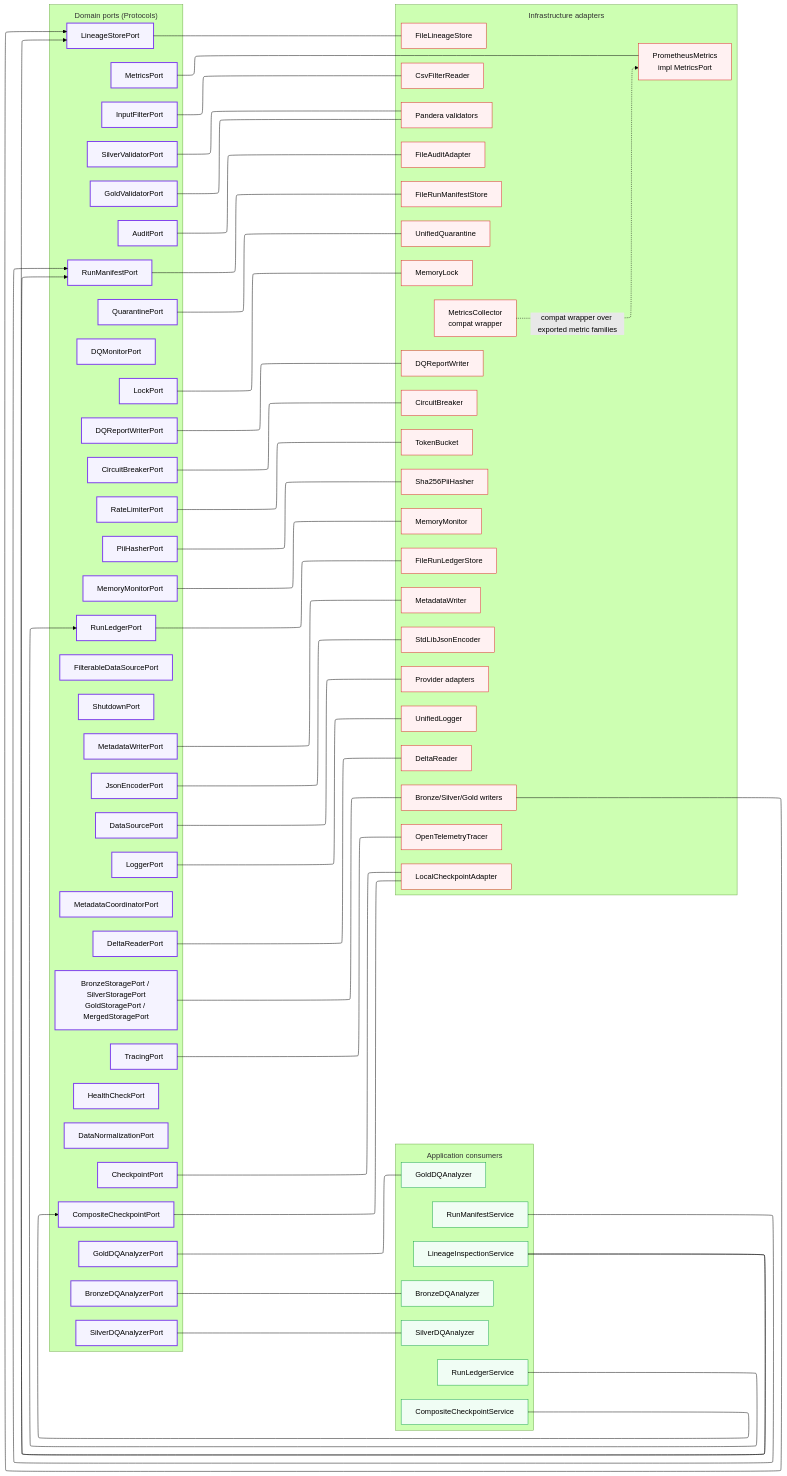
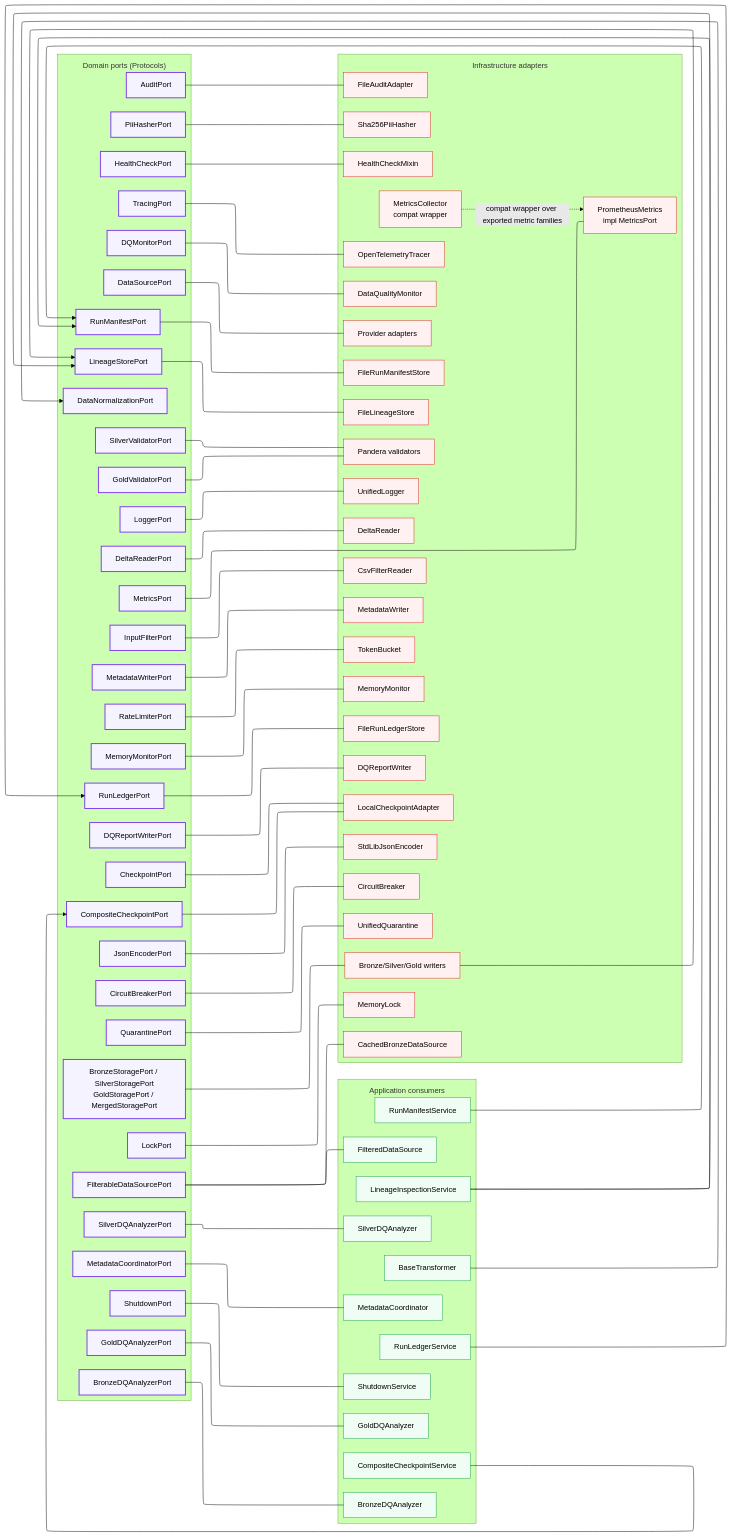
Before and after one commit to SatoryKono/BioactivityDataAcquisition: the diagram in docs/02-architecture/diagrams/architecture/13-port-protocol-contracts.mmd, drawn with Mermaid (forest theme). The commit also changed 3 other files, not shown here.

First line of the commit message:
fix(diagrams): bind orphan ports and MetricsPort impl in Full Map (#11787, #11789)

```diff
--- a/docs/02-architecture/diagrams/architecture/13-port-protocol-contracts.mmd
+++ b/docs/02-architecture/diagrams/architecture/13-port-protocol-contracts.mmd
@@ -1,142 +1,155 @@
 %% BioETL — Port/Protocol Contracts (Full Map)
 %% Domain ports mapped to their current application consumers and infrastructure adapters.
-%% keep-orphan ports (FDSP, HCP, MCP, DNP, DQMP, SHP) are declared domain Protocols
-%% without a bound consumer/adapter in any view yet; detail lives in 13a–13f/13i.
+%% All declared domain ports are bound to their consumers/implementations
+%% (adapter names follow views/30-port-adapter-mapping-full.mermaid).
 
 %% @version 1.1.0
 %% @date    2026-09-03
 %% @type    flowchart
 %% @level   System / Component
-%% @nodes   49
+%% @nodes   70
 %% @reference  Decomposed into 13a, 13b, 13c, 13d, 13e, 13f sub-diagrams
 %% Legend: docs/02-architecture/diagrams/views/00-legend.mermaid
 
 %%{init: {
   'flowchart': {
     'subGraphTitleMargin': { 'top': 12, 'bottom': 12 }
   },
   'layout': 'elk',
   'elk': {
     'mergeEdges': true,
     'nodePlacementStrategy': 'BRANDES_KOEPF',
     'edgeRouting': 'ORTHOGONAL'
   }
 }}%%
 %% @uniform width=232 height=56 max_title_len=24 max_desc_lines=0
 graph LR
-%% keep-orphan: FDSP, HCP, MCP, DNP, DQMP, SHP
     subgraph Domain["Domain ports (Protocols)"]
         DSP["DataSourcePort"]:::size-sm
         FDSP["FilterableDataSourcePort"]:::size-sm
         STP["BronzeStoragePort / SilverStoragePort<br/>GoldStoragePort / MergedStoragePort"]:::size-sm
         LKP["LockPort"]:::size-sm
         CKP["CheckpointPort"]:::size-sm
         CCP["CompositeCheckpointPort"]:::size-sm
         QRP["QuarantinePort"]:::size-sm
         ADP["AuditPort"]:::size-sm
         LGP["LoggerPort"]:::size-sm
         MTP["MetricsPort"]:::size-sm
         TRP["TracingPort"]:::size-sm
         CBP["CircuitBreakerPort"]:::size-sm
         RLP["RateLimiterPort"]:::size-sm
         SVP["SilverValidatorPort"]:::size-sm
         GVP["GoldValidatorPort"]:::size-sm
         HCP["HealthCheckPort"]:::size-sm
         PIIP["PiiHasherPort"]:::size-sm
         MWP["MetadataWriterPort"]:::size-sm
         MCP["MetadataCoordinatorPort"]:::size-sm
         DNP["DataNormalizationPort"]:::size-sm
         DRP["DeltaReaderPort"]:::size-sm
         IFP["InputFilterPort"]:::size-sm
         DQMP["DQMonitorPort"]:::size-sm
         BDQP["BronzeDQAnalyzerPort"]:::size-sm
         SDQP["SilverDQAnalyzerPort"]:::size-sm
         GDQP["GoldDQAnalyzerPort"]:::size-sm
         DQRWP["DQReportWriterPort"]:::size-sm
         JEP["JsonEncoderPort"]:::size-sm
         MMP["MemoryMonitorPort"]:::size-sm
         SHP["ShutdownPort"]:::size-sm
         RMP["RunManifestPort"]:::size-sm
         RLP2["RunLedgerPort"]:::size-sm
         LSP["LineageStorePort"]:::size-sm
     end
 
     subgraph Application["Application consumers"]
         BDA["BronzeDQAnalyzer"]:::size-sm
         SDA["SilverDQAnalyzer"]:::size-sm
         GDA["GoldDQAnalyzer"]:::size-sm
         RMS["RunManifestService"]:::size-sm
         RLS["RunLedgerService"]:::size-sm
         LIS["LineageInspectionService"]:::size-sm
         CCS["CompositeCheckpointService"]:::size-sm
+        FDS["FilteredDataSource"]:::size-sm
+        MCOR["MetadataCoordinator"]:::size-sm
+        SHS["ShutdownService"]:::size-sm
+        TRF["BaseTransformer"]:::size-sm
     end
 
     subgraph Infrastructure["Infrastructure adapters"]
         CA["Provider adapters"]:::size-sm
         BW["Bronze/Silver/Gold writers"]:::size-sm
         ML["MemoryLock"]:::size-sm
         LC["LocalCheckpointAdapter"]:::size-sm
         UQ["UnifiedQuarantine"]:::size-sm
         FA["FileAuditAdapter"]:::size-sm
         UL["UnifiedLogger"]:::size-sm
         MCO["MetricsCollector<br/>compat wrapper"]:::size-sm
         PME["PrometheusMetrics<br/>impl MetricsPort"]:::size-sm
         OTT["OpenTelemetryTracer"]:::size-sm
         CB["CircuitBreaker"]:::size-sm
         TB_I["TokenBucket"]:::size-sm
         PSV["Pandera validators"]:::size-sm
         SPH["Sha256PiiHasher"]:::size-sm
         MW_I["MetadataWriter"]:::size-sm
         DR_I["DeltaReader"]:::size-sm
         CSVR["CsvFilterReader"]:::size-sm
         DQRW_I["DQReportWriter"]:::size-sm
         SJE["StdLibJsonEncoder"]:::size-sm
         MMGR["MemoryMonitor"]:::size-sm
         FRM["FileRunManifestStore"]:::size-sm
         FRL["FileRunLedgerStore"]:::size-sm
         FLS["FileLineageStore"]:::size-sm
+        CBDS["CachedBronzeDataSource"]:::size-sm
+        HCM["HealthCheckMixin"]:::size-sm
+        DQM["DataQualityMonitor"]:::size-sm
     end
 
     DSP --- CA
     STP --- BW
     LKP --- ML
     CKP --- LC
     CCP --- LC
     QRP --- UQ
     ADP --- FA
     LGP --- UL
     MTP --- PME
     MCO -.compat wrapper over exported metric families.-> PME
     TRP --- OTT
     CBP --- CB
     RLP --- TB_I
     SVP --- PSV
     GVP --- PSV
     PIIP --- SPH
     MWP --- MW_I
     DRP --- DR_I
     IFP --- CSVR
     DQRWP --- DQRW_I
     JEP --- SJE
     MMP --- MMGR
     RMP --- FRM
     RLP2 --- FRL
     LSP --- FLS
+    FDSP --- FDS
+    FDSP --- CBDS
+    HCP --- HCM
+    MCP --- MCOR
+    DQMP --- DQM
+    SHP --- SHS
 
     BDQP --- BDA
     SDQP --- SDA
     GDQP --- GDA
     RMS --> RMP
     RLS --> RLP2
     LIS --> LSP
     LIS --> RMP
     CCS --> CCP
+    TRF --> DNP
     BW --> LSP
 
     classDef port fill:#f5f3ff,stroke:#7c3aed,stroke-width:2px
     classDef infra fill:#fff1f2,stroke:#dc2626
     classDef app fill:#f0fdf4,stroke:#16a34a
 
     class DSP,FDSP,STP,LKP,CKP,CCP,QRP,ADP,LGP,MTP,TRP,CBP,RLP,SVP,GVP,HCP,PIIP,MWP,MCP,DNP,DRP,IFP,DQMP,BDQP,SDQP,GDQP,DQRWP,JEP,MMP,SHP,RMP,RLP2,LSP port
-    class CA,BW,ML,LC,UQ,FA,UL,MCO,PME,OTT,CB,TB_I,PSV,SPH,MW_I,DR_I,CSVR,DQRW_I,SJE,MMGR,FRM,FRL,FLS infra
-    class BDA,SDA,GDA,RMS,RLS,LIS,CCS app
+    class CA,BW,ML,LC,UQ,FA,UL,MCO,PME,OTT,CB,TB_I,PSV,SPH,MW_I,DR_I,CSVR,DQRW_I,SJE,MMGR,FRM,FRL,FLS,CBDS,HCM,DQM infra
+    class BDA,SDA,GDA,RMS,RLS,LIS,CCS,FDS,MCOR,SHS,TRF app
```
